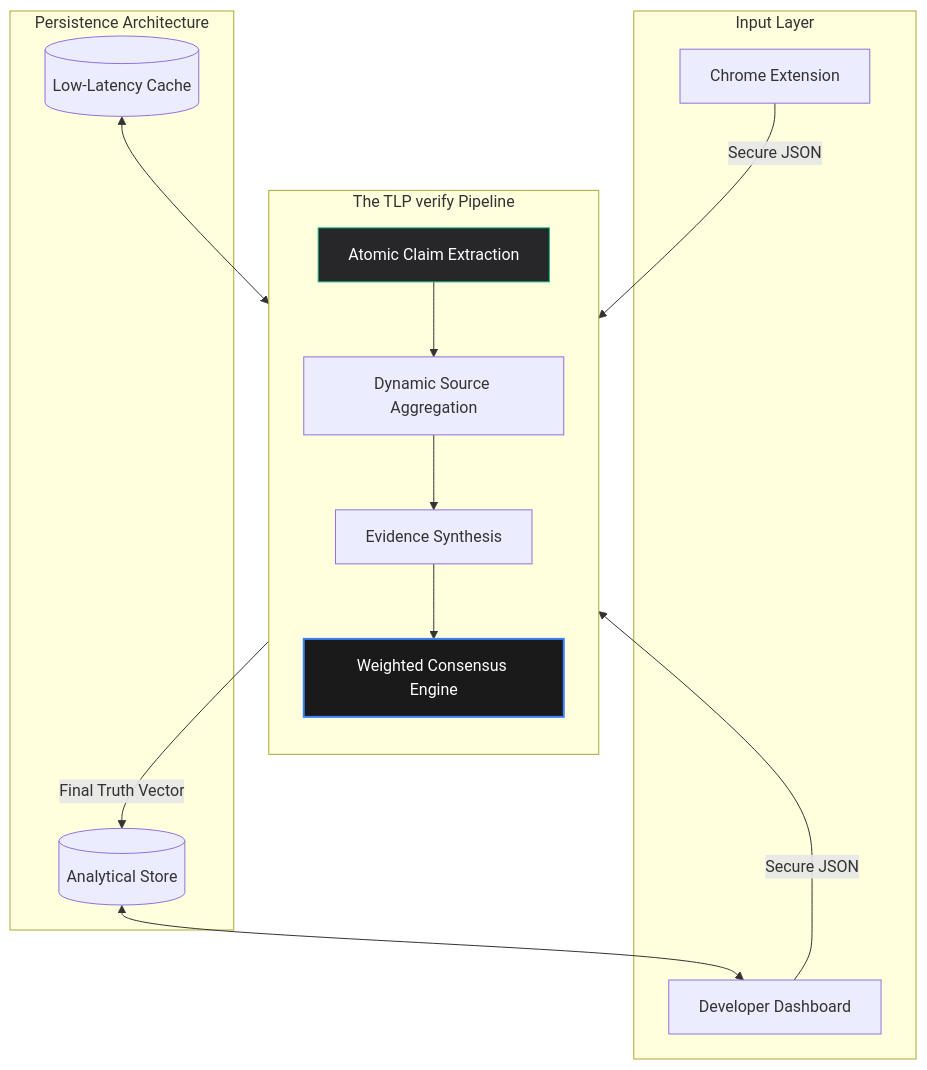
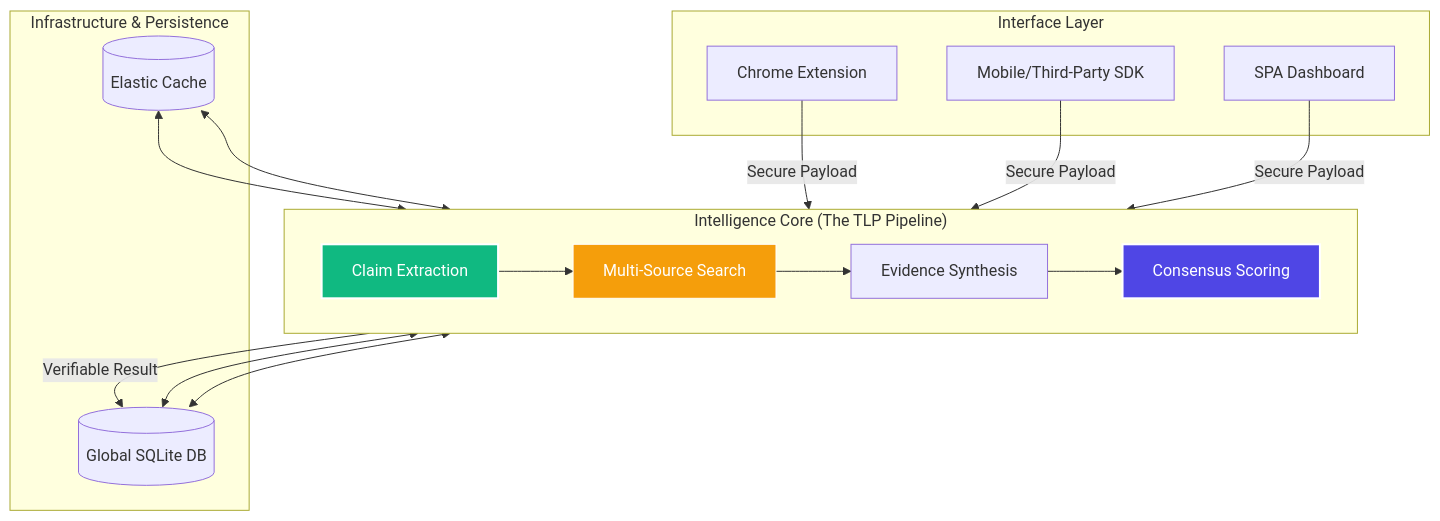
The diagram in README.md (InnoShay/TLP), drawn with Mermaid before and after one commit. The commit also changed other lines of this file, not shown here.

Commit message:
Restore and Optimize 11/10 Aesthetic README: Emoji-rich, high-performance TLP methodology, and competitive advantage features. 💎🚀🏆

````diff
--- a/README.md
+++ b/README.md
@@ -33,30 +40,28 @@
 ```mermaid
-graph TD
-    subgraph "Input Layer"
+graph TB
+    subgraph "Interface Layer"
         EXT[Chrome Extension]
-        PLAT[Developer Dashboard]
+        API[Mobile/Third-Party SDK]
+        WEB[SPA Dashboard]
     end
 
-    subgraph "The TLP verify Pipeline"
-        direction TB
-        CEX[Atomic Claim Extraction]
-        AGG[Dynamic Source Aggregation]
-        ANA[Evidence Synthesis]
-        CON[Weighted Consensus Engine]
-        
-        CEX --> AGG --> ANA --> CON
+    subgraph "Intelligence Core (The TLP Pipeline)"
+        direction LR
+        CEX[Claim Extraction] --> AGG[Multi-Source Search]
+        AGG --> ANA[Evidence Synthesis]
+        ANA --> CON[Consensus Scoring]
     end
 
-    subgraph "Persistence Architecture"
-        DB[(Analytical Store)]
-        CACHE[(Low-Latency Cache)]
+    subgraph "Infrastructure & Persistence"
+        SQL[(Global SQLite DB)]
+        RED[(Elastic Cache)]
     end
 
-    EXT & PLAT -->|Secure JSON| CEX
-    CON -->|Final Truth Vector| DB
-    DB <--> PLAT
-    CACHE <--> CEX
-    
-    style CON fill:#1a1a1a,stroke:#3b82f6,stroke-width:2px,color:#fff
-    style CEX fill:#27272a,stroke:#10b981,stroke-width:1px,color:#fff
+    EXT & API & WEB -->|Secure Payload| CEX
+    CON -->|Verifiable Result| SQL
+    SQL & RED <--> CEX & CON
+
+    style CEX fill:#10b981,stroke:#fff,stroke-width:2px,color:#fff
+    style CON fill:#4f46e5,stroke:#fff,stroke-width:2px,color:#fff
+    style AGG fill:#f59e0b,stroke:#fff,stroke-width:1px,color:#fff
 ```
````
